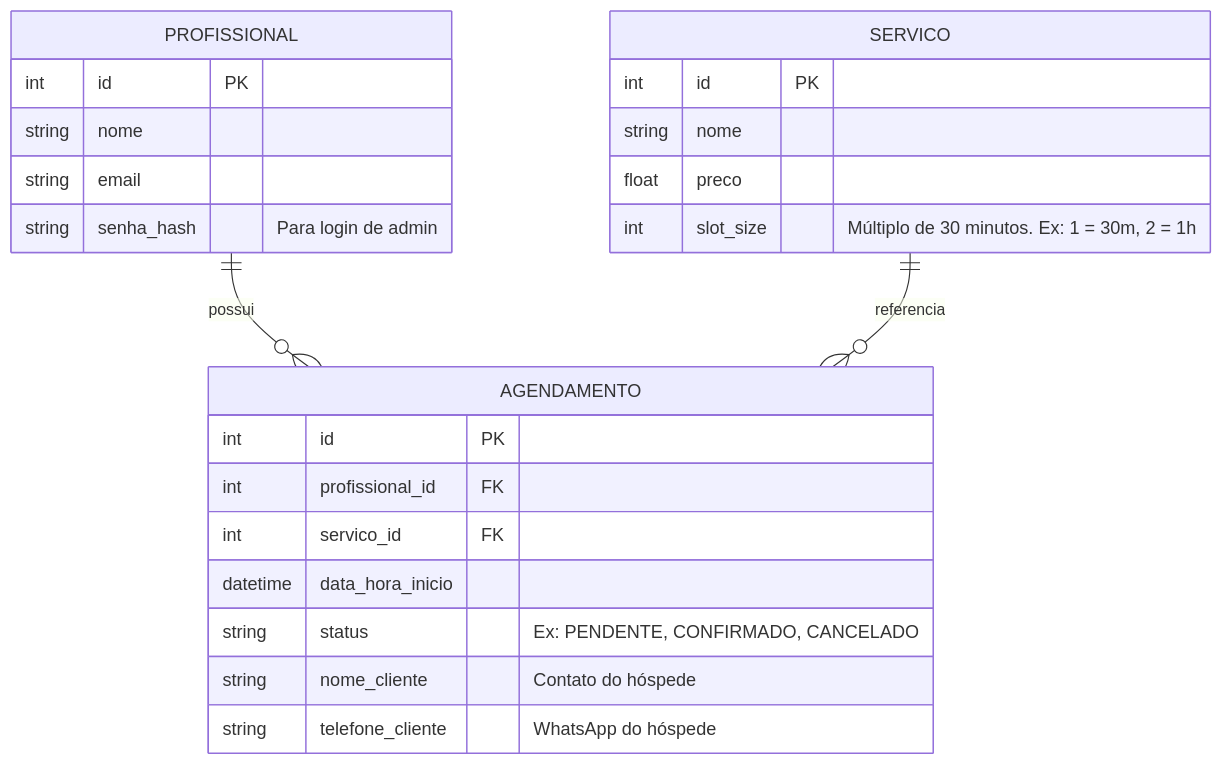
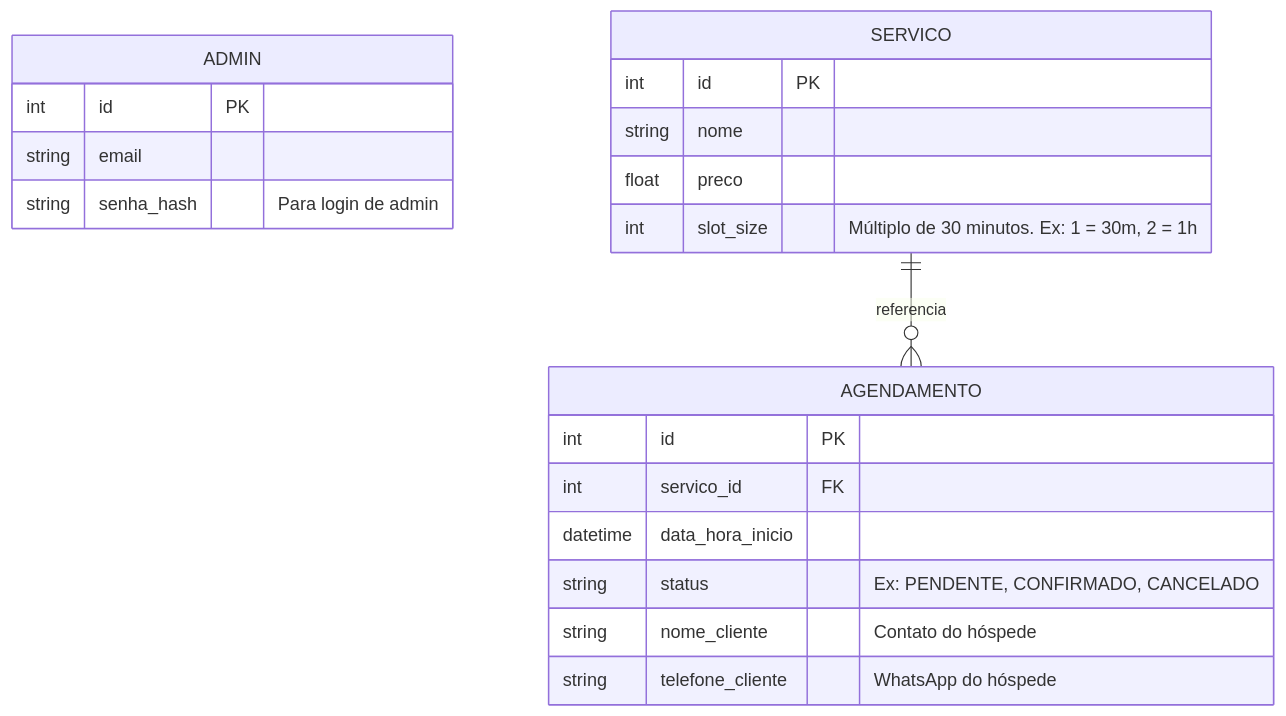
Before and after one commit to Pexiss-18/ProgWEB---AP26: the diagram in openspec/changes/barbearia-mvp/design.md, drawn with Mermaid. The commit also changed other lines of this file and 11 other files, not shown here.

````diff
--- a/openspec/changes/barbearia-mvp/design.md
+++ b/openspec/changes/barbearia-mvp/design.md
@@ -40,26 +40,23 @@
 ```mermaid
 erDiagram
-    PROFISSIONAL {
+    ADMIN {
         int id PK
-        string nome
         string email
         string senha_hash "Para login de admin"
     }
     SERVICO {
         int id PK
         string nome
         float preco
         int slot_size "Múltiplo de 30 minutos. Ex: 1 = 30m, 2 = 1h"
     }
     AGENDAMENTO {
         int id PK
-        int profissional_id FK
         int servico_id FK
         datetime data_hora_inicio
         string status "Ex: PENDENTE, CONFIRMADO, CANCELADO"
         string nome_cliente "Contato do hóspede"
         string telefone_cliente "WhatsApp do hóspede"
     }
-    PROFISSIONAL ||--o{ AGENDAMENTO : possui
     SERVICO ||--o{ AGENDAMENTO : referencia
 ```
````
